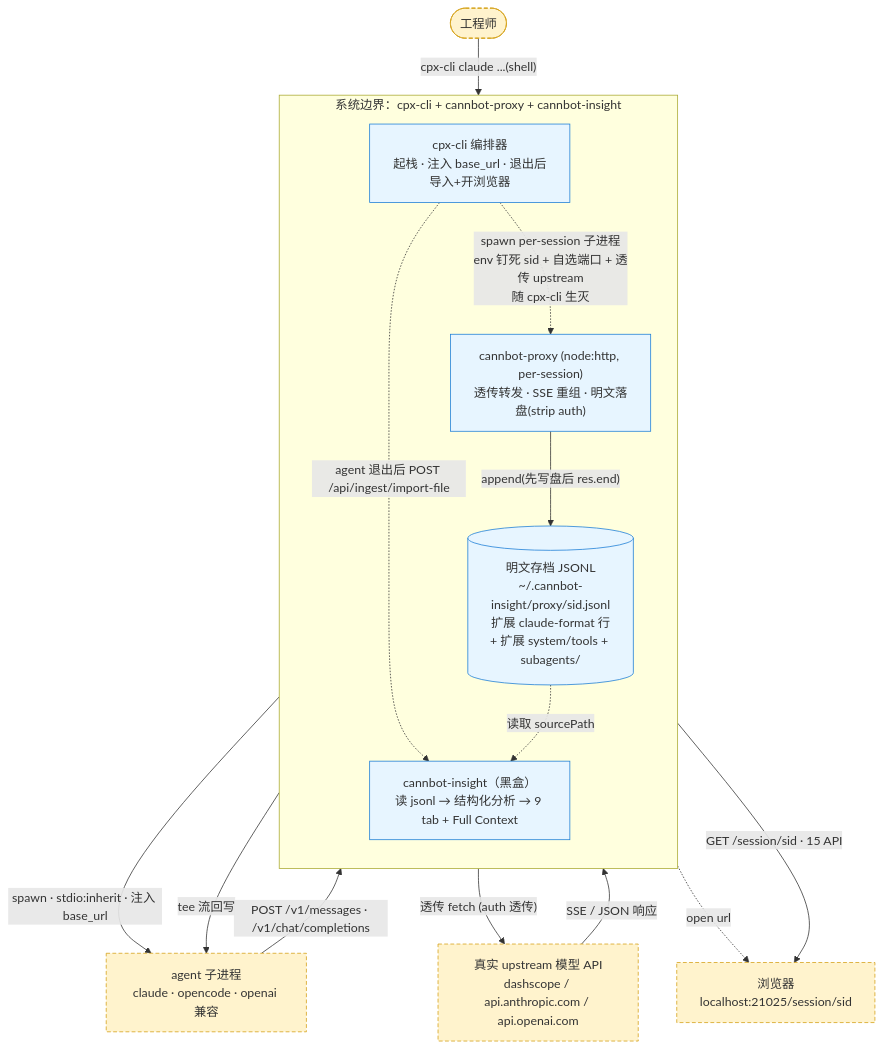
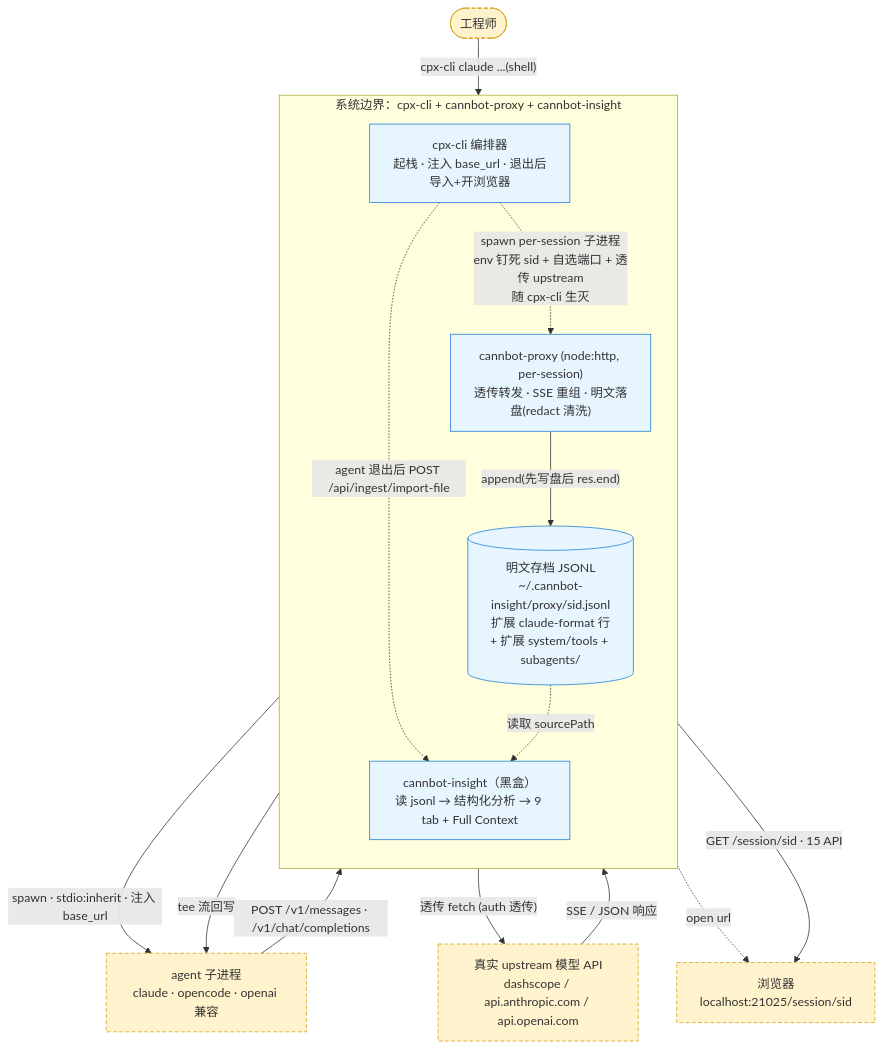
Before and after one commit to hicann/cannbot-skills: the first of 2 diagrams in plugins-community/cannbot-insight/proxy/DESIGN.md, drawn with Mermaid. The commit also changed other lines of this file and 46 other files, not shown here.

First paragraph of the commit message:
feat(cannbot-insight): v1.77→v1.82 proxy 安全加固与 CANNBay v2 数据之湖

````diff
--- a/plugins-community/cannbot-insight/proxy/DESIGN.md
+++ b/plugins-community/cannbot-insight/proxy/DESIGN.md
@@ -13,33 +15,33 @@
 ```mermaid
 flowchart TB
     User(["工程师"])
     Agent["agent 子进程<br/>claude · opencode · openai 兼容"]
     Upstream["真实 upstream 模型 API<br/>dashscope / api.anthropic.com / api.openai.com"]
     Browser["浏览器<br/>localhost:21025/session/sid"]
 
     subgraph SYS["系统边界：cpx-cli + cannbot-proxy + cannbot-insight"]
         direction TB
         Cpx["cpx-cli 编排器<br/>起栈 · 注入 base_url · 退出后导入+开浏览器"]
-        Proxy["cannbot-proxy (node:http, per-session)<br/>透传转发 · SSE 重组 · 明文落盘(strip auth)"]
+        Proxy["cannbot-proxy (node:http, per-session)<br/>透传转发 · SSE 重组 · 明文落盘(redact 清洗)"]
         Jsonl[("明文存档 JSONL<br/>~/.cannbot-insight/proxy/sid.jsonl<br/>扩展 claude-format 行<br/>+ 扩展 system/tools + subagents/")]
         Insight["cannbot-insight（黑盒）<br/>读 jsonl → 结构化分析 → 9 tab + Full Context"]
     end
 
     User -->|"cpx-cli claude ...(shell)"| Cpx
     Cpx -->|"spawn · stdio:inherit · 注入 base_url"| Agent
     Cpx -.->|"spawn per-session 子进程<br/>env 钉死 sid + 自选端口 + 透传 upstream<br/>随 cpx-cli 生灭"| Proxy
     Agent -->|"POST /v1/messages · /v1/chat/completions"| Proxy
     Proxy -->|"透传 fetch (auth 透传)"| Upstream
     Upstream -->|"SSE / JSON 响应"| Proxy
     Proxy -->|"tee 流回写"| Agent
     Proxy -->|"append(先写盘后 res.end)"| Jsonl
     Cpx -.->|"agent 退出后 POST /api/ingest/import-file"| Insight
     Jsonl -.->|"读取 sourcePath"| Insight
     Cpx -.->|"open url"| Browser
     Insight -->|"GET /session/sid · 15 API"| Browser
 
     classDef extnode fill:#fff3cd,stroke:#d4a017,color:#333,stroke-dasharray:5 3
     classDef intnode fill:#e7f5ff,stroke:#1c7ed6,color:#333
     class User,Agent,Upstream,Browser extnode
     class Cpx,Proxy,Jsonl,Insight intnode
 ```
````
